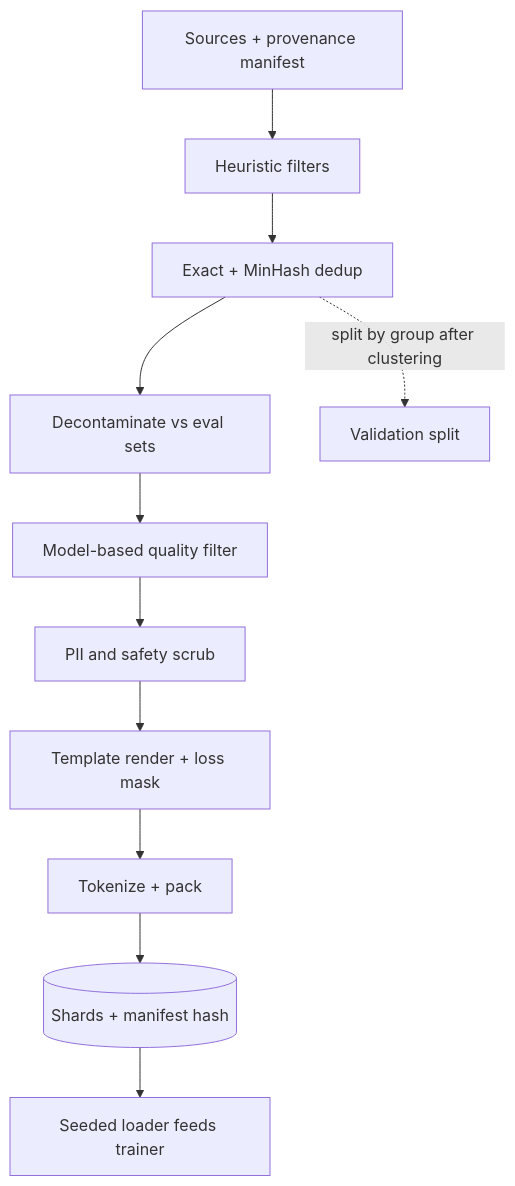
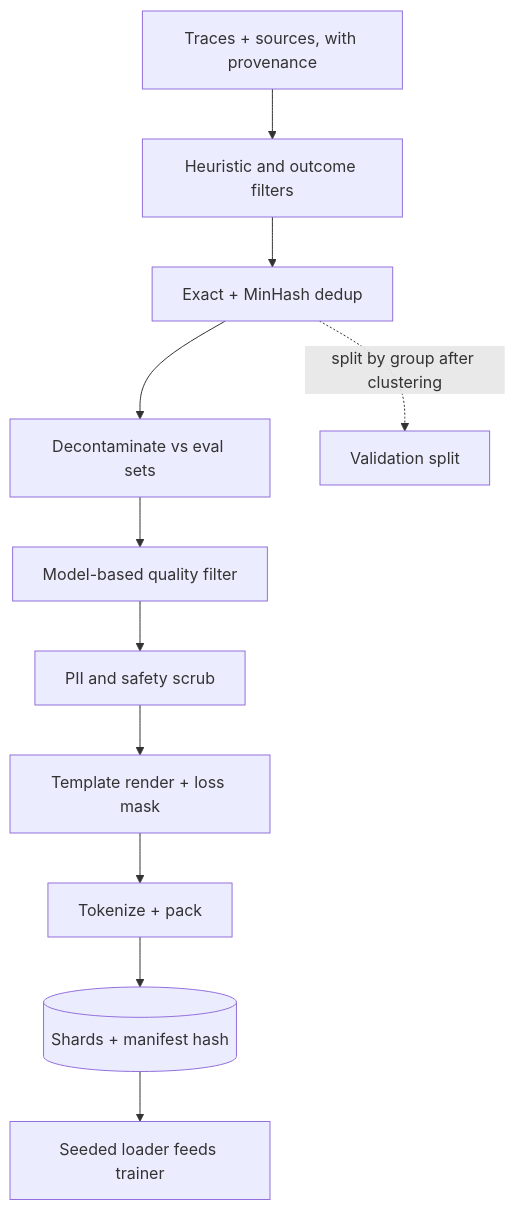
Before and after one commit to lovishmahajan97/agentic-learning: the diagram in content/data-architecture/training-data-pipelines.md, drawn with Mermaid. The commit also changed other lines of this file and 485 other files, not shown here.

````diff
--- a/content/data-architecture/training-data-pipelines.md
+++ b/content/data-architecture/training-data-pipelines.md
@@ -141,13 +168,13 @@
 ```mermaid
 flowchart TD
-    S["Sources + provenance manifest"] --> F["Heuristic filters"]
+    S["Traces + sources, with provenance"] --> F["Heuristic and outcome filters"]
     F --> D["Exact + MinHash dedup"]
     D --> C["Decontaminate vs eval sets"]
     C --> Q["Model-based quality filter"]
     Q --> P["PII and safety scrub"]
     P --> T["Template render + loss mask"]
     T --> K["Tokenize + pack"]
     K --> SH[("Shards + manifest hash")]
     SH --> L["Seeded loader feeds trainer"]
     D -.->|"split by group after clustering"| V["Validation split"]
 ```
````
